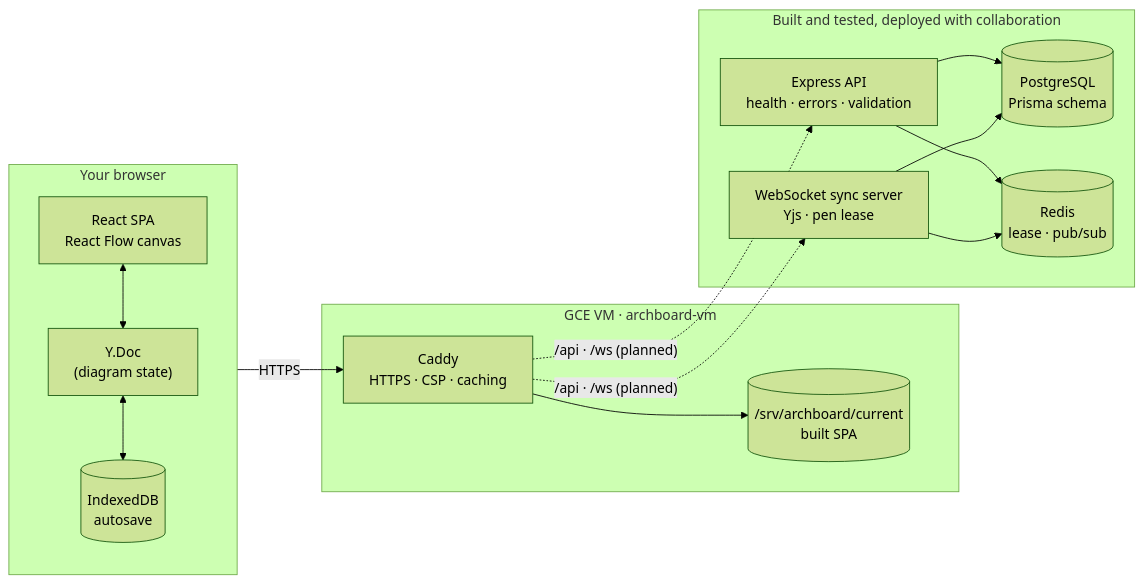
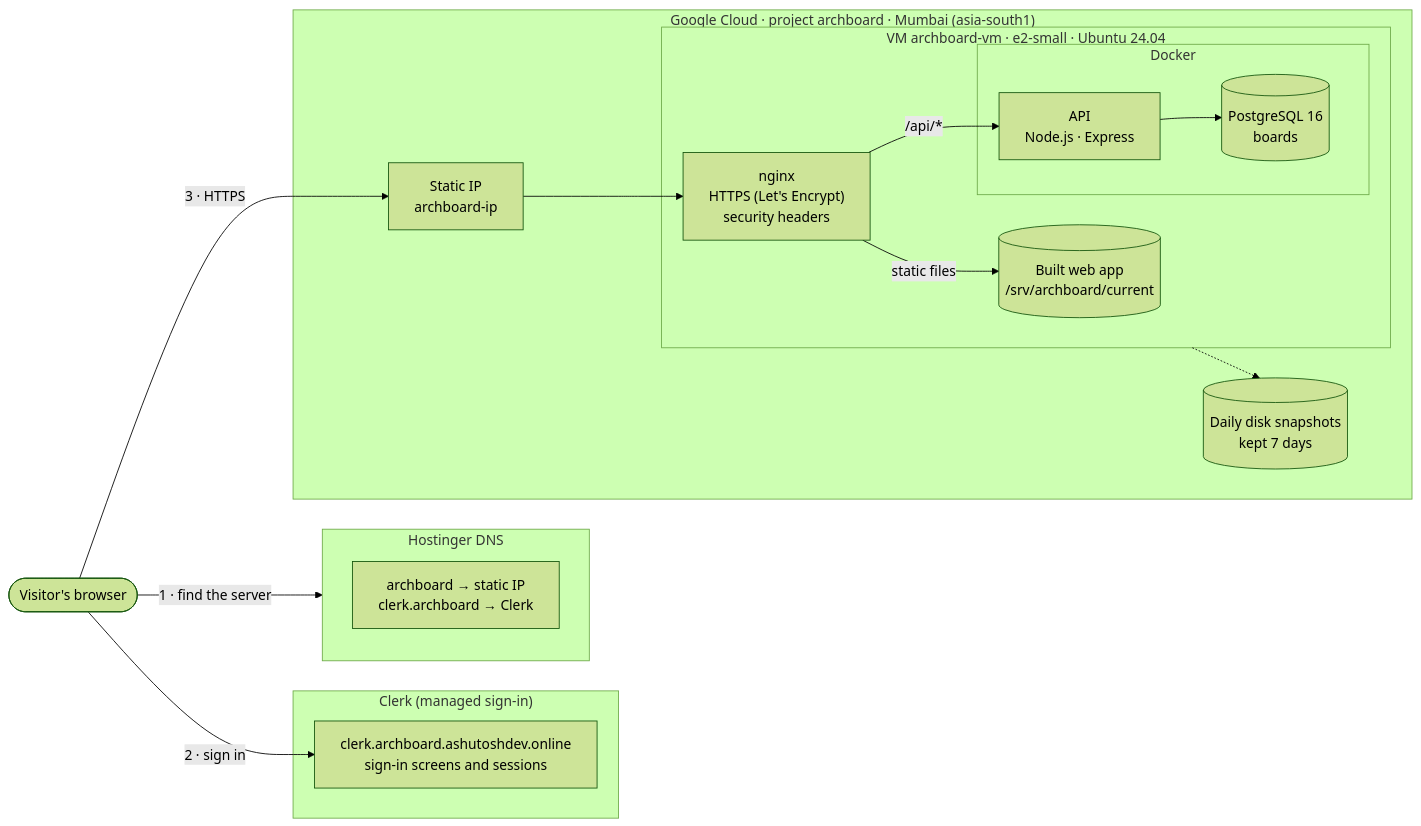
One commit to ashutosh-lodha/ArchBoard changed the first of 5 diagrams in README.md. Above: the diagram before and after it, drawn with Mermaid (forest theme). The commit also changed other lines of this file and 94 other files, not shown here.

````diff
--- a/README.md
+++ b/README.md
@@ -135,28 +93,33 @@
 ```mermaid
 flowchart LR
-  subgraph Browser["Your browser"]
-    UI["React SPA<br/>React Flow canvas"]
-    Y["Y.Doc<br/>(diagram state)"]
-    IDB[("IndexedDB<br/>autosave")]
-    UI <--> Y <--> IDB
+  user(["Visitor's browser"])
+
+  subgraph clerk["Clerk (managed sign-in)"]
+    cfa["clerk.archboard.ashutoshdev.online<br/>sign-in screens and sessions"]
   end
 
-  subgraph VM["GCE VM · archboard-vm"]
-    Caddy["Caddy<br/>HTTPS · CSP · caching"]
-    Static[("/srv/archboard/current<br/>built SPA")]
-    Caddy --> Static
+  subgraph dns["Hostinger DNS"]
+    rec["archboard → static IP<br/>clerk.archboard → Clerk"]
   end
 
-  Browser -- "HTTPS" --> Caddy
-
-  subgraph Next["Built and tested, deployed with collaboration"]
-    API["Express API<br/>health · errors · validation"]
-    Sync["WebSocket sync server<br/>Yjs · pen lease"]
-    PG[("PostgreSQL<br/>Prisma schema")]
-    RD[("Redis<br/>lease · pub/sub")]
-    API --> PG & RD
-    Sync --> PG & RD
+  subgraph gcp["Google Cloud · project archboard · Mumbai (asia-south1)"]
+    ip["Static IP<br/>archboard-ip"]
+    subgraph vm["VM archboard-vm · e2-small · Ubuntu 24.04"]
+      nginx["nginx<br/>HTTPS (Let's Encrypt)<br/>security headers"]
+      spa[("Built web app<br/>/srv/archboard/current")]
+      subgraph docker["Docker"]
+        api["API<br/>Node.js · Express"]
+        pg[("PostgreSQL 16<br/>boards")]
+      end
+    end
+    snap[("Daily disk snapshots<br/>kept 7 days")]
   end
 
-  Caddy -. "/api · /ws (planned)" .-> API & Sync
+  user -- "1 · find the server" --> dns
+  user -- "2 · sign in" --> cfa
+  user -- "3 · HTTPS" --> ip --> nginx
+  nginx -- "static files" --> spa
+  nginx -- "/api/*" --> api
+  api --> pg
+  vm -.-> snap
 ```
````
